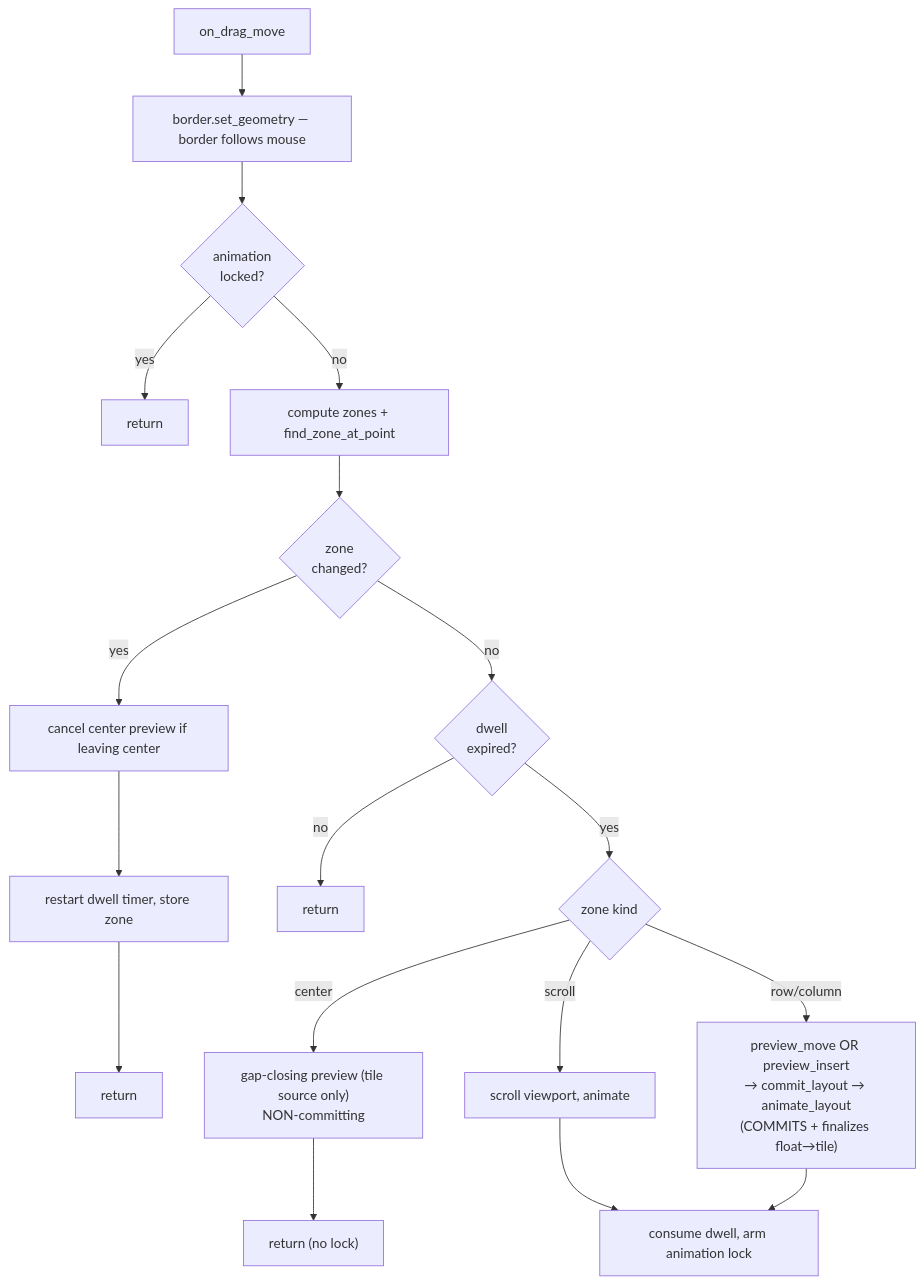
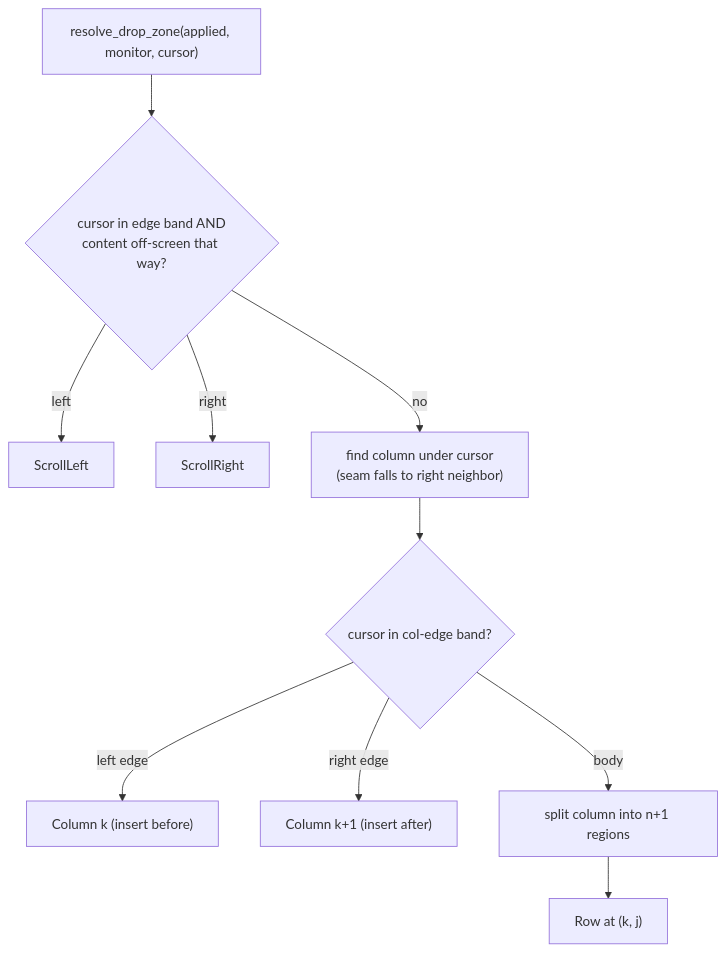
The third of 3 diagrams in docs/src/dev-guide/tile-drag.md (CCpcalvin/flow-wm), drawn with Mermaid before and after one commit. The commit also changed other lines of this file and 7 other files, not shown here.

First line of the commit message:
feat: redesign tile drag (no float conversion, continuous preview)

````diff
--- a/docs/src/dev-guide/tile-drag.md
+++ b/docs/src/dev-guide/tile-drag.md
@@ -213,20 +162,13 @@
 ```mermaid
 flowchart TB
-    Start["on_drag_move"] --> Border["border.set_geometry — border follows mouse"]
-    Border --> Lock{"animation<br/>locked?"}
-    Lock -- yes --> End1["return"]
-    Lock -- no --> Z["compute zones + find_zone_at_point"]
-    Z --> Changed{"zone<br/>changed?"}
-    Changed -- yes --> Cancel["cancel center preview if leaving center"]
-    Cancel --> Dwell1["restart dwell timer, store zone"]
-    Dwell1 --> End2["return"]
-    Changed -- no --> Expired{"dwell<br/>expired?"}
-    Expired -- no --> End3["return"]
-    Expired -- yes --> Which{"zone kind"}
-    Which -- center --> Center["gap-closing preview (tile source only)<br/>NON-committing"]
-    Which -- scroll --> Scroll["scroll viewport, animate"]
-    Which -- "row/column" --> Dir["preview_move OR preview_insert<br/>→ commit_layout → animate_layout<br/>(COMMITS + finalizes float→tile)"]
-    Center --> End4["return (no lock)"]
-    Scroll --> LockArm["consume dwell, arm animation lock"]
-    Dir --> LockArm
+    Start["resolve_drop_zone(applied, monitor, cursor)"]
+    Start --> Edge{"cursor in edge band AND<br/>content off-screen that way?"}
+    Edge -- left --> SL[ScrollLeft]
+    Edge -- right --> SR[ScrollRight]
+    Edge -- no --> Col["find column under cursor<br/>(seam falls to right neighbor)"]
+    Col --> Band{"cursor in col-edge band?"}
+    Band -- "left edge" --> CL["Column k (insert before)"]
+    Band -- "right edge" --> CR["Column k+1 (insert after)"]
+    Band -- body --> Body["split column into n+1 regions"]
+    Body --> Row["Row at (k, j)"]
 ```
````
